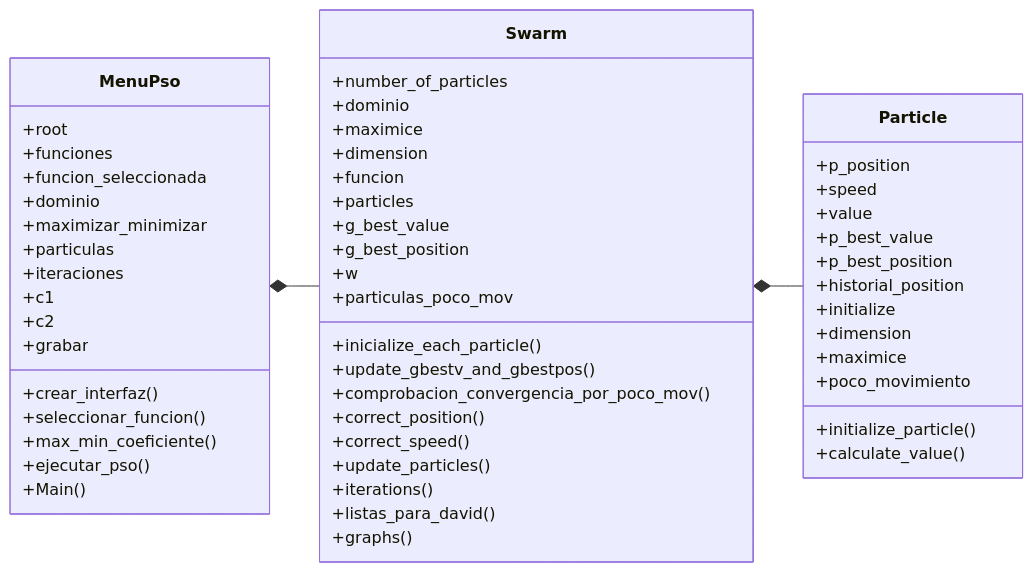
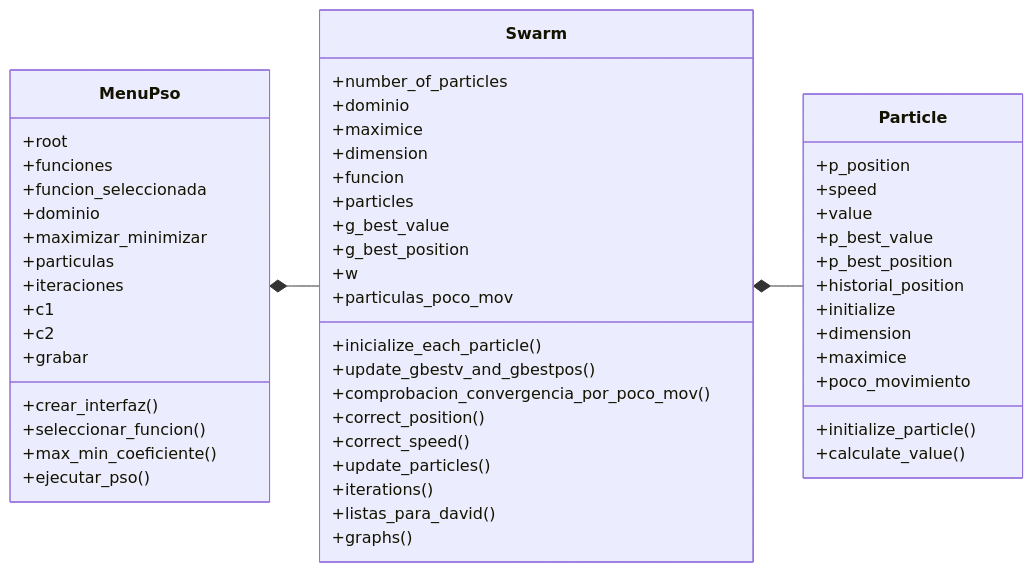
The fourth of 4 diagrams in README.md (JavierGONL/PSO), drawn with Mermaid before and after one commit.

Commit message:
modified:   README.md

````diff
--- a/README.md
+++ b/README.md
@@ -144,63 +144,62 @@
 ```mermaid
 classDiagram
 direction LR
     class Swarm {
 	    +number_of_particles
 	    +dominio
 	    +maximice
 	    +dimension
 	    +funcion
 	    +particles
 	    +g_best_value
 	    +g_best_position
 	    +w
 	    +particulas_poco_mov
 	    +inicialize_each_particle()
 	    +update_gbestv_and_gbestpos()
 	    +comprobacion_convergencia_por_poco_mov()
 	    +correct_position()
 	    +correct_speed()
 	    +update_particles()
 	    +iterations()
 	    +listas_para_david()
 	    +graphs()
     }
 
     class Particle {
 	    +p_position
 	    +speed
 	    +value
 	    +p_best_value
 	    +p_best_position
 	    +historial_position
 	    +initialize
 	    +dimension
 	    +maximice
 	    +poco_movimiento
 	    +initialize_particle()
 	    +calculate_value()
     }
 
     class MenuPso {
 	    +root
 	    +funciones
 	    +funcion_seleccionada
 	    +dominio
 	    +maximizar_minimizar
 	    +particulas
 	    +iteraciones
 	    +c1
 	    +c2
 	    +grabar
 	    +crear_interfaz()
 	    +seleccionar_funcion()
 	    +max_min_coeficiente()
 	    +ejecutar_pso()
-	    +Main()
     }
 
     Swarm *-- Particle
     MenuPso *-- Swarm
 
 
 ```
````
